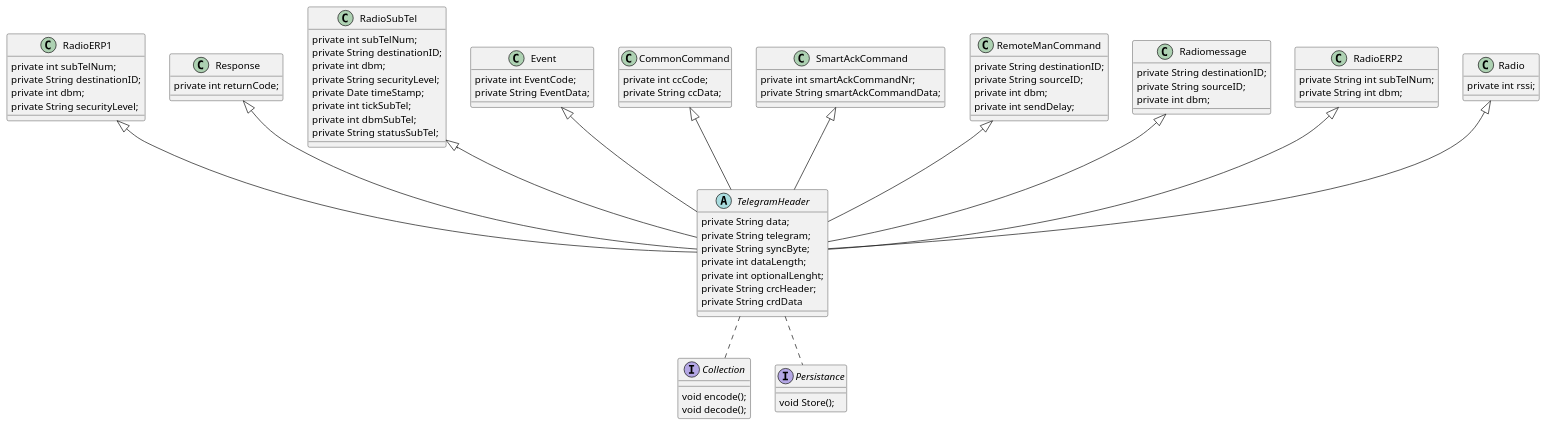
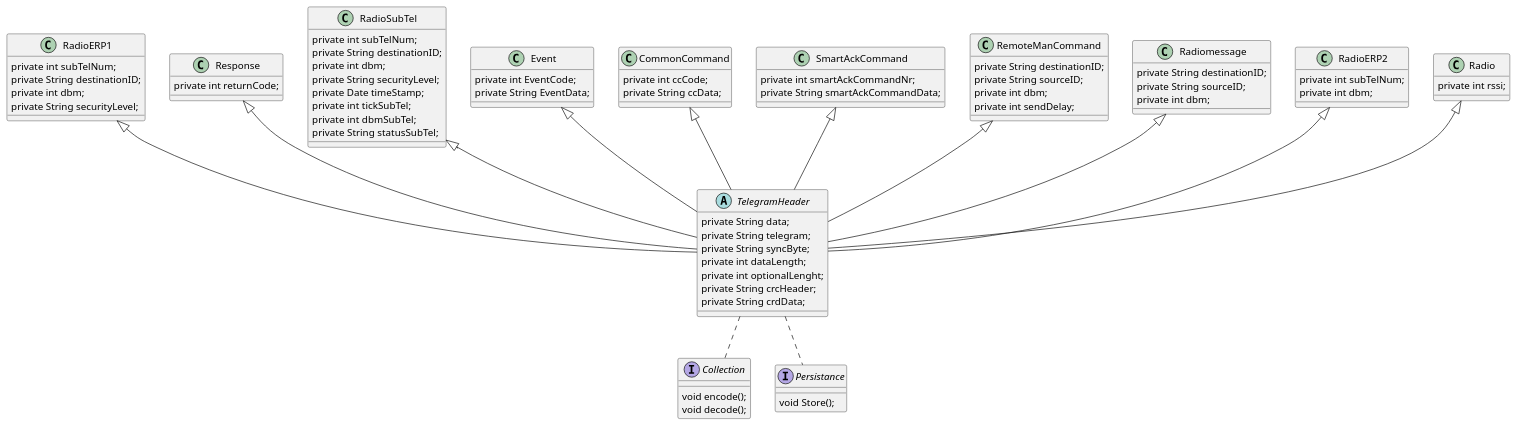
One commit to Gr33nOpo55um/EnOcean changed the diagram in documentation/source_documentation/class_diagram.md. Above: the diagram before and after it, drawn with PlantUML. The commit also changed 14 other files, not shown here.

```diff
--- a/documentation/source_documentation/class_diagram.md
+++ b/documentation/source_documentation/class_diagram.md
@@ -11,7 +11,7 @@
 private int dataLength;
 private int optionalLenght;
 private String crcHeader;
-private String crdData
+private String crdData;
 }
 
 class RadioERP1{
@@ -76,8 +76,8 @@
 }
 
 class RadioERP2{
-private String int subTelNum;
-private String int dbm;
+private int subTelNum;
+private int dbm;
 
 }
 
```
